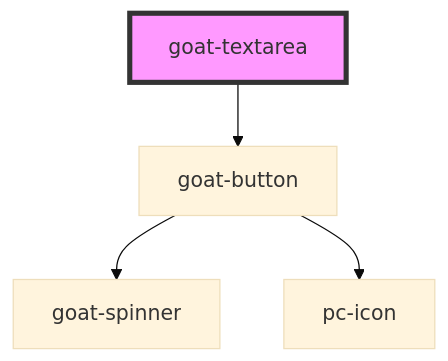
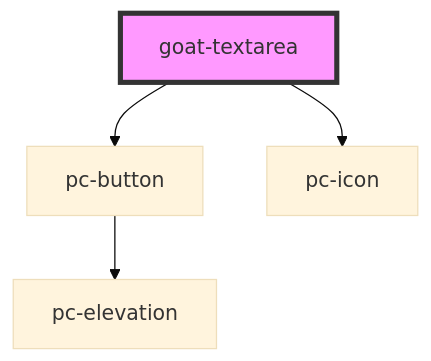
Before and after one commit to redvars/peacock: the diagram in src/components/input-controls/input/textarea/readme.md, drawn with Mermaid (base theme). The commit also changed other lines of this file and 280 other files, not shown here.

````diff
--- a/src/components/input-controls/input/textarea/readme.md
+++ b/src/components/input-controls/input/textarea/readme.md
@@ -86,7 +87,7 @@
 ```mermaid
 graph TD;
-  goat-textarea --> goat-button
-  goat-button --> goat-spinner
-  goat-button --> pc-icon
+  goat-textarea --> pc-button
+  goat-textarea --> pc-icon
+  pc-button --> pc-elevation
   style goat-textarea fill:#f9f,stroke:#333,stroke-width:4px
 ```
````
